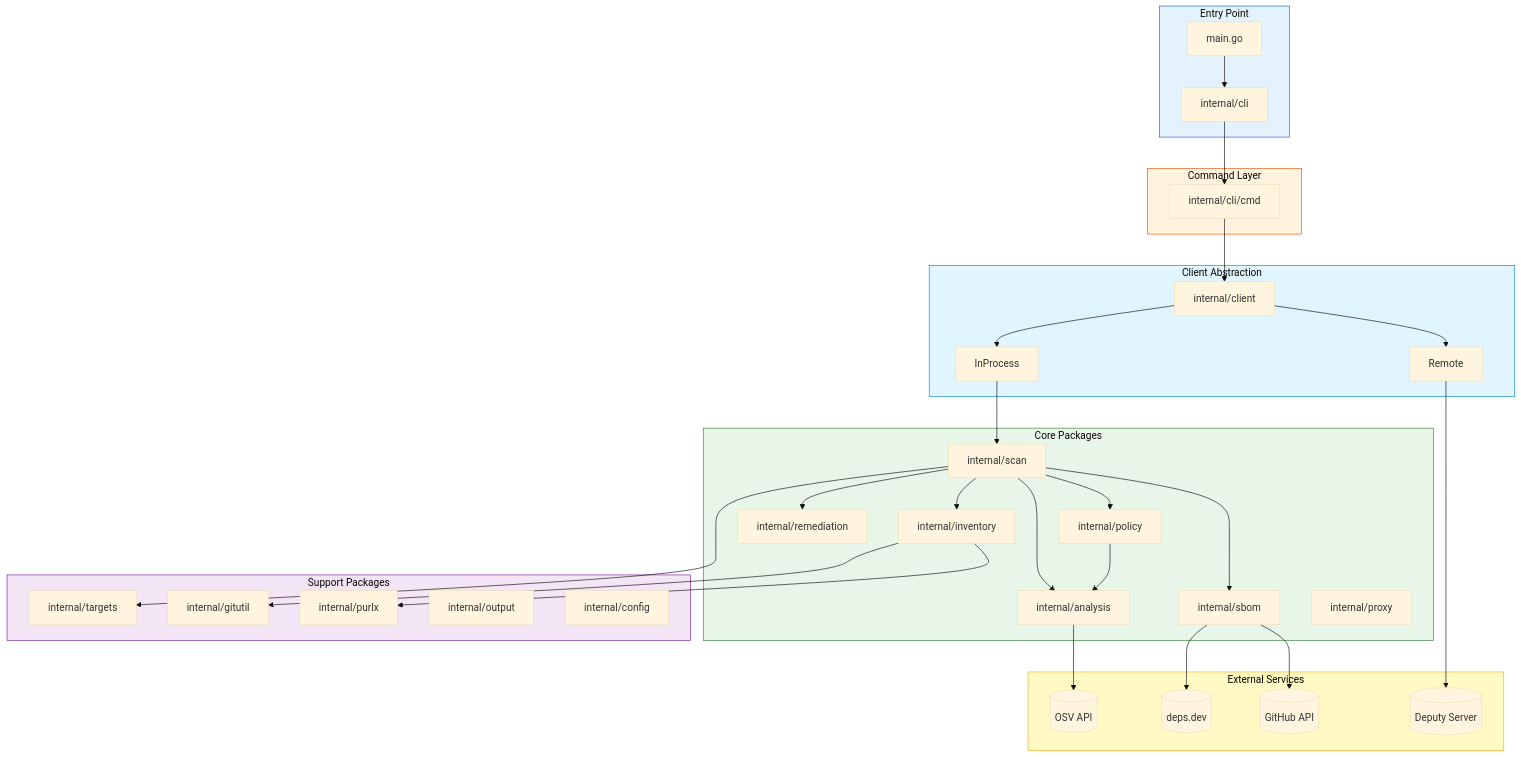
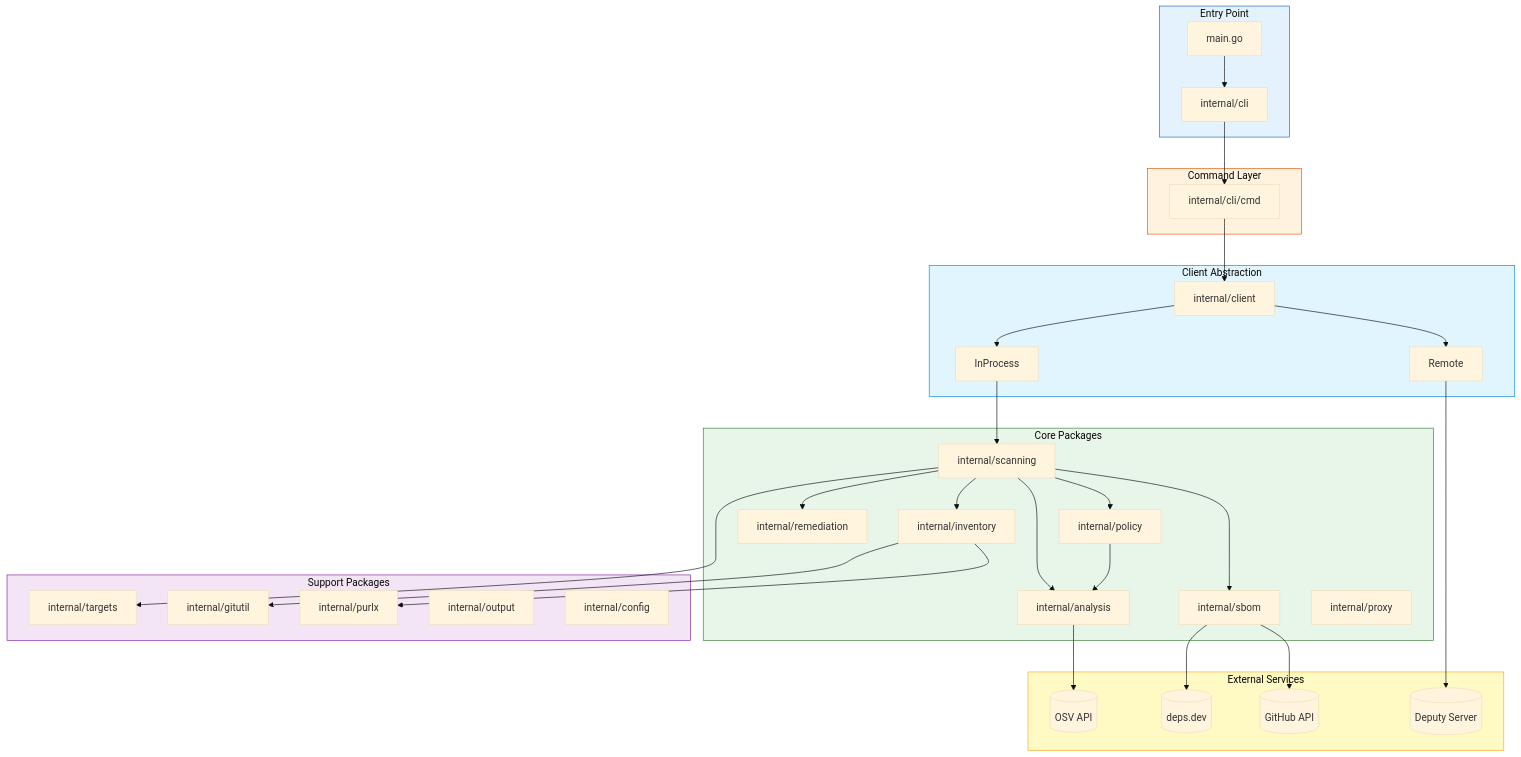
The first of 7 diagrams in docs/development/architecture.md (temporalio/deputy), drawn with Mermaid (base theme) before and after one commit. The commit also changed 78 other files, not shown here.

````diff
--- a/docs/development/architecture.md
+++ b/docs/development/architecture.md
@@ -7,61 +7,61 @@
 ```mermaid
 flowchart TB
   subgraph Entry["Entry Point"]
     Main[main.go]
     CLI[internal/cli]
   end
 
   subgraph Commands["Command Layer"]
     CMD[internal/cli/cmd]
   end
 
   subgraph Client["Client Abstraction"]
     ClientPkg[internal/client]
     InProcess[InProcess]
     Remote[Remote]
   end
 
   subgraph Core["Core Packages"]
-    Scan[internal/scan]
+    Scanning[internal/scanning]
     Inv[internal/inventory]
     Analysis[internal/analysis]
     Remed[internal/remediation]
     SBOM[internal/sbom]
     Policy[internal/policy]
     Proxy[internal/proxy]
   end
 
   subgraph Support["Support Packages"]
     Targets[internal/targets]
     Git[internal/gitutil]
     PURL[internal/purlx]
     Out[internal/output]
     Config[internal/config]
   end
 
   subgraph External["External Services"]
     OSV[(OSV API)]
     DepsD[(deps.dev)]
     GH[(GitHub API)]
     Server[(Deputy Server)]
   end
 
   Main --> CLI
   CLI --> CMD
   CMD --> ClientPkg
   ClientPkg --> InProcess & Remote
-  InProcess --> Scan
+  InProcess --> Scanning
   Remote --> Server
-  Scan --> Inv & Analysis & Remed & SBOM & Policy & Targets
+  Scanning --> Inv & Analysis & Remed & SBOM & Policy & Targets
   Inv --> PURL & Git
   Analysis --> OSV
   SBOM --> DepsD & GH
   Policy --> Analysis
 
   style Entry fill:#e3f2fd,stroke:#1565c0
   style Commands fill:#fff3e0,stroke:#e65100
   style Client fill:#e1f5fe,stroke:#0288d1
   style Core fill:#e8f5e9,stroke:#2e7d32
   style Support fill:#f3e5f5,stroke:#7b1fa2
   style External fill:#fff9c4,stroke:#f9a825
 ```
````
